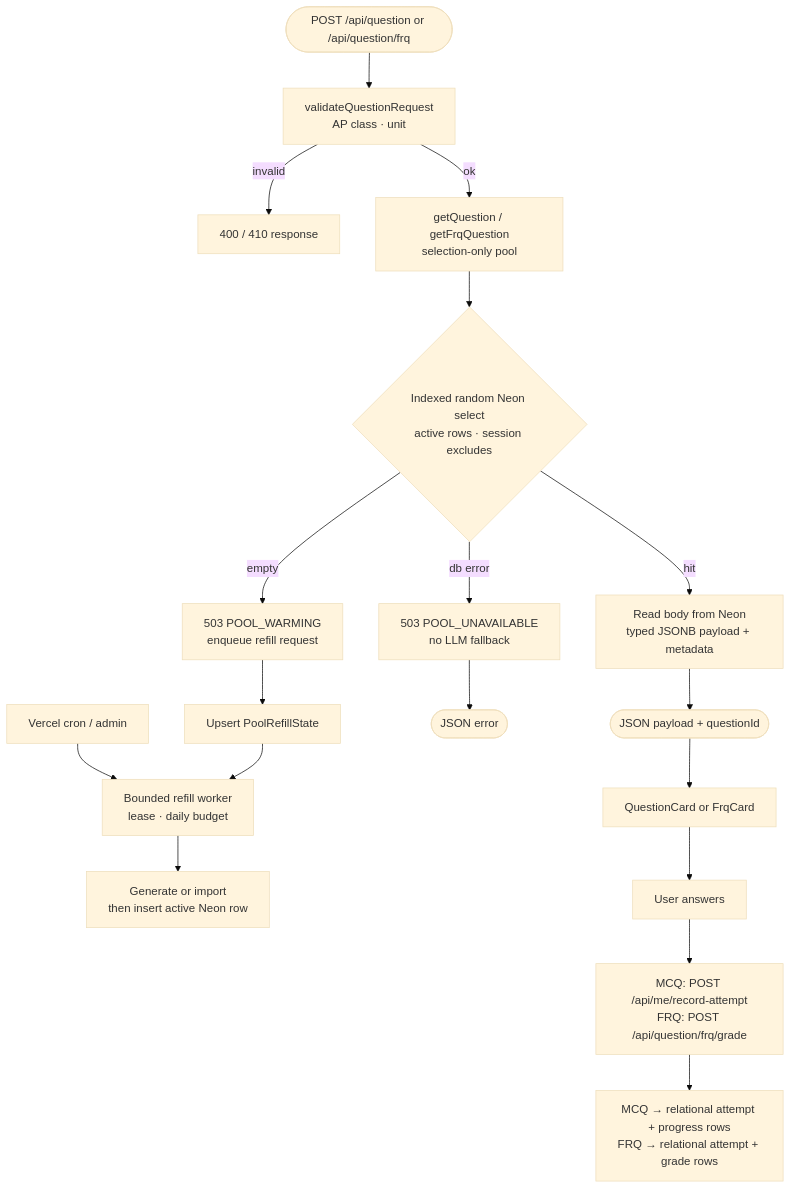
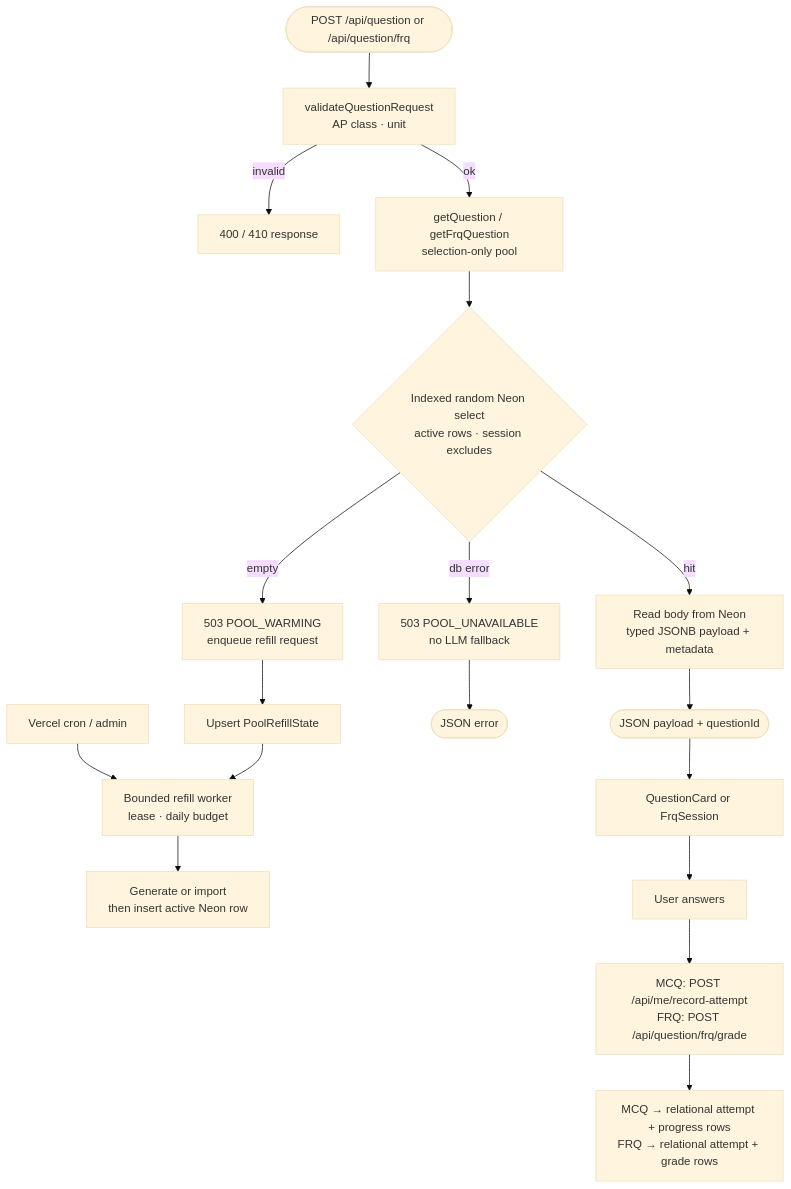
The fourth of 7 diagrams in docs/architecture.md (5cisummai/freeappractice), drawn with Mermaid (base theme) before and after one commit. The commit also changed other lines of this file and 33 other files, not shown here.

Commit message:
Simplify overlapping study and practice flows

````diff
--- a/docs/architecture.md
+++ b/docs/architecture.md
@@ -185,24 +185,24 @@
 ```mermaid
 flowchart TD
     Start(["POST /api/question or /api/question/frq"]) --> Validate["validateQuestionRequest<br/>AP class · unit"]
     Validate -->|invalid| Err400["400 / 410 response"]
     Validate -->|ok| Pool["getQuestion / getFrqQuestion<br/>selection-only pool"]
 
     Pool --> Select{"Indexed random Neon select<br/>active rows · session excludes"}
     Select -->|hit| LoadInline["Read body from Neon<br/>typed JSONB payload + metadata"]
     Select -->|empty| Warming["503 POOL_WARMING<br/>enqueue refill request"]
     Select -->|db error| Unavailable["503 POOL_UNAVAILABLE<br/>no LLM fallback"]
 
     LoadInline --> Return(["JSON payload + questionId"])
     Warming --> RefillReq["Upsert PoolRefillState"]
     Unavailable --> ReturnErr(["JSON error"])
 
     Cron["Vercel cron / admin"] --> Worker["Bounded refill worker<br/>lease · daily budget"]
     RefillReq --> Worker
     Worker --> NeonInsert["Generate or import<br/>then insert active Neon row"]
 
-    Return --> UI["QuestionCard or FrqCard"]
+    Return --> UI["QuestionCard or FrqSession"]
     UI --> Attempt["User answers"]
     Attempt --> Record["MCQ: POST /api/me/record-attempt<br/>FRQ: POST /api/question/frq/grade"]
     Record --> Profile["MCQ → relational attempt + progress rows<br/>FRQ → relational attempt + grade rows"]
 ```
````
